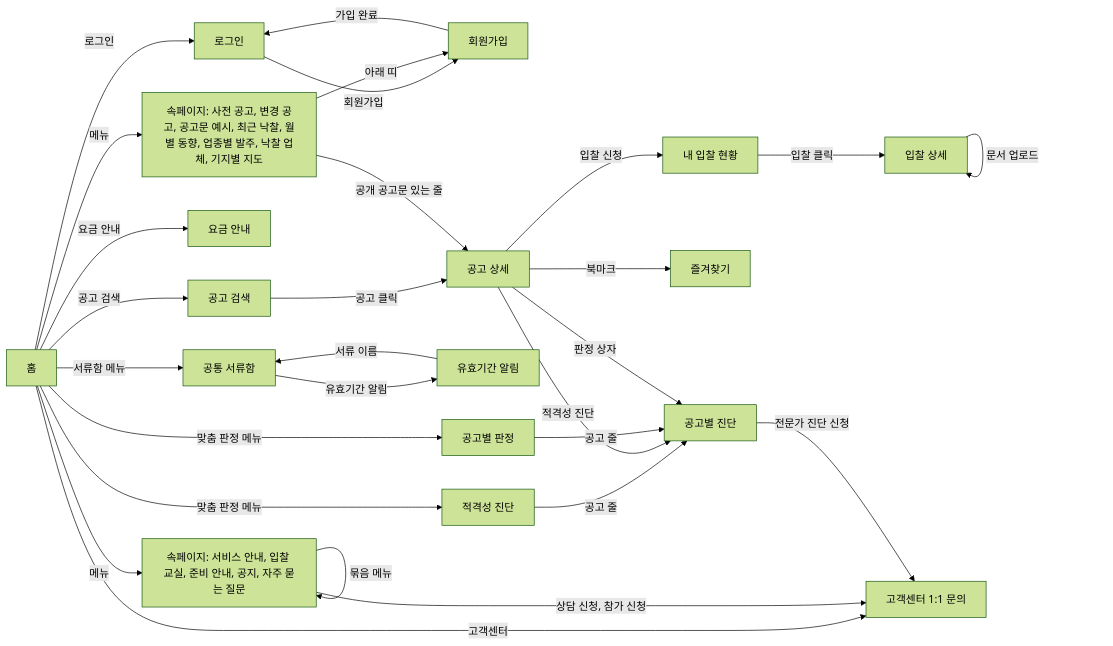
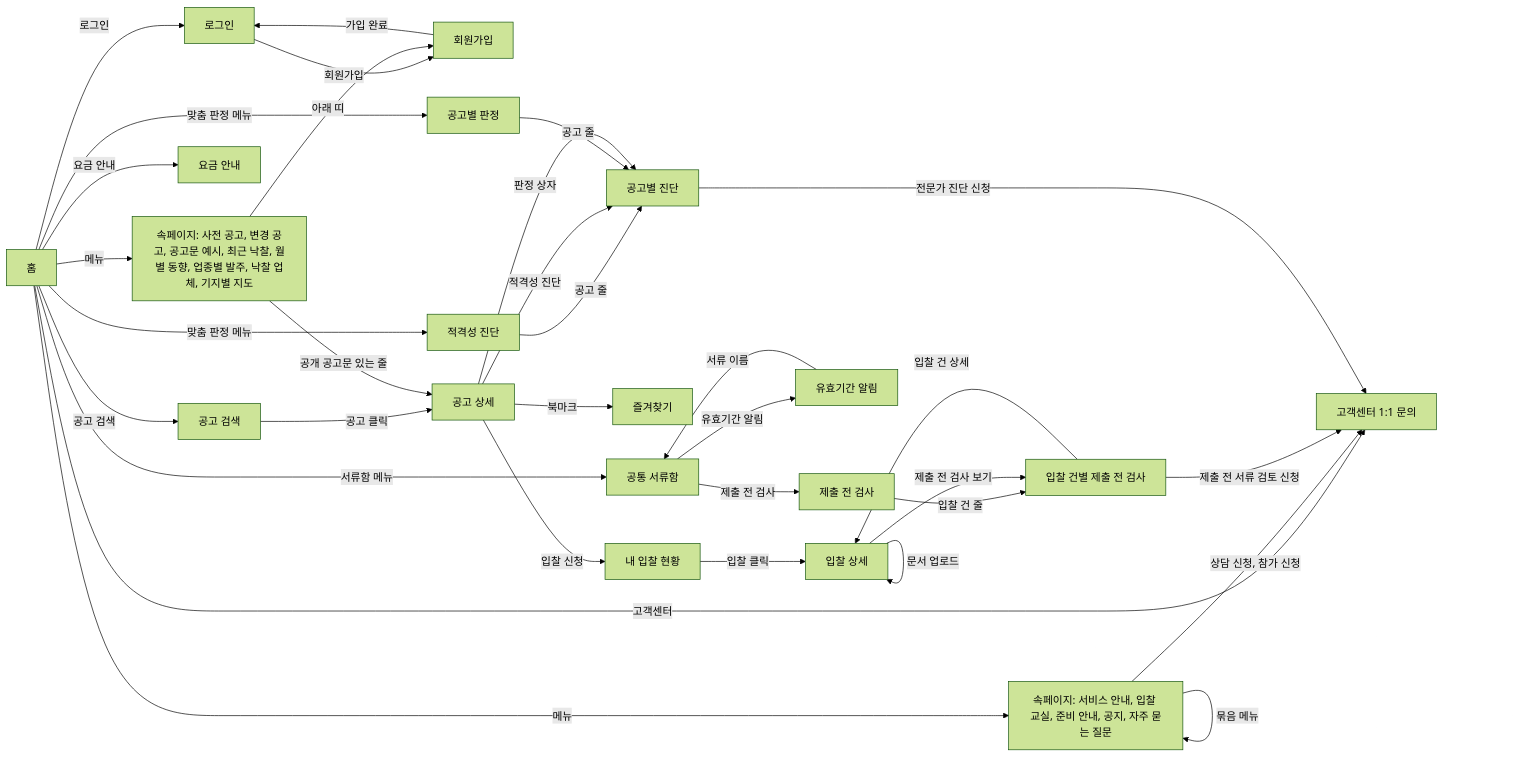
The first of 2 diagrams in docs/T3-3_화면_구조.md (johnnykim7/wjbid), drawn with Mermaid (forest theme) before and after one commit. The commit also changed other lines of this file and 14 other files, not shown here.

````diff
--- a/docs/T3-3_화면_구조.md
+++ b/docs/T3-3_화면_구조.md
@@ -866,30 +897,35 @@
 ```mermaid
 flowchart LR
     HOME[홈] -->|공고 검색| SEARCH[공고 검색]
     HOME -->|로그인| LOGIN[로그인]
     LOGIN -->|회원가입| REGISTER[회원가입]
     REGISTER -->|가입 완료| LOGIN
     SEARCH -->|공고 클릭| DETAIL[공고 상세]
     DETAIL -->|입찰 신청| PROPOSALS[내 입찰 현황]
     DETAIL -->|북마크| BOOKMARKS[즐겨찾기]
     PROPOSALS -->|입찰 클릭| PROPOSAL_DETAIL[입찰 상세]
     PROPOSAL_DETAIL -->|문서 업로드| PROPOSAL_DETAIL
     HOME -->|요금 안내| PRICING[요금 안내]
     HOME -->|고객센터| SUPPORT[고객센터 1:1 문의]
     HOME -->|메뉴| SUB[속페이지: 서비스 안내, 입찰 교실, 준비 안내, 공지, 자주 묻는 질문]
     SUB -->|상담 신청, 참가 신청| SUPPORT
     HOME -->|메뉴| DATA[속페이지: 사전 공고, 변경 공고, 공고문 예시, 최근 낙찰, 월별 동향, 업종별 발주, 낙찰 업체, 기지별 지도]
     HOME -->|서류함 메뉴| VAULT[공통 서류함]
     VAULT -->|유효기간 알림| EXPIRY[유효기간 알림]
+    VAULT -->|제출 전 검사| PRECHECK[제출 전 검사]
+    PRECHECK -->|입찰 건 줄| PRECHECK_DETAIL[입찰 건별 제출 전 검사]
+    PROPOSAL_DETAIL -->|제출 전 검사 보기| PRECHECK_DETAIL
+    PRECHECK_DETAIL -->|입찰 건 상세| PROPOSAL_DETAIL
+    PRECHECK_DETAIL -->|제출 전 서류 검토 신청| SUPPORT
     HOME -->|맞춤 판정 메뉴| ELIG[적격성 진단]
     ELIG -->|공고 줄| ELIG_DETAIL[공고별 진단]
     DETAIL -->|적격성 진단| ELIG_DETAIL
     ELIG_DETAIL -->|전문가 진단 신청| SUPPORT
     HOME -->|맞춤 판정 메뉴| VERDICT[공고별 판정]
     VERDICT -->|공고 줄| ELIG_DETAIL
     DETAIL -->|판정 상자| ELIG_DETAIL
     EXPIRY -->|서류 이름| VAULT
     DATA -->|공개 공고문 있는 줄| DETAIL
     DATA -->|아래 띠| REGISTER
     SUB -->|묶음 메뉴| SUB
 ```
````
